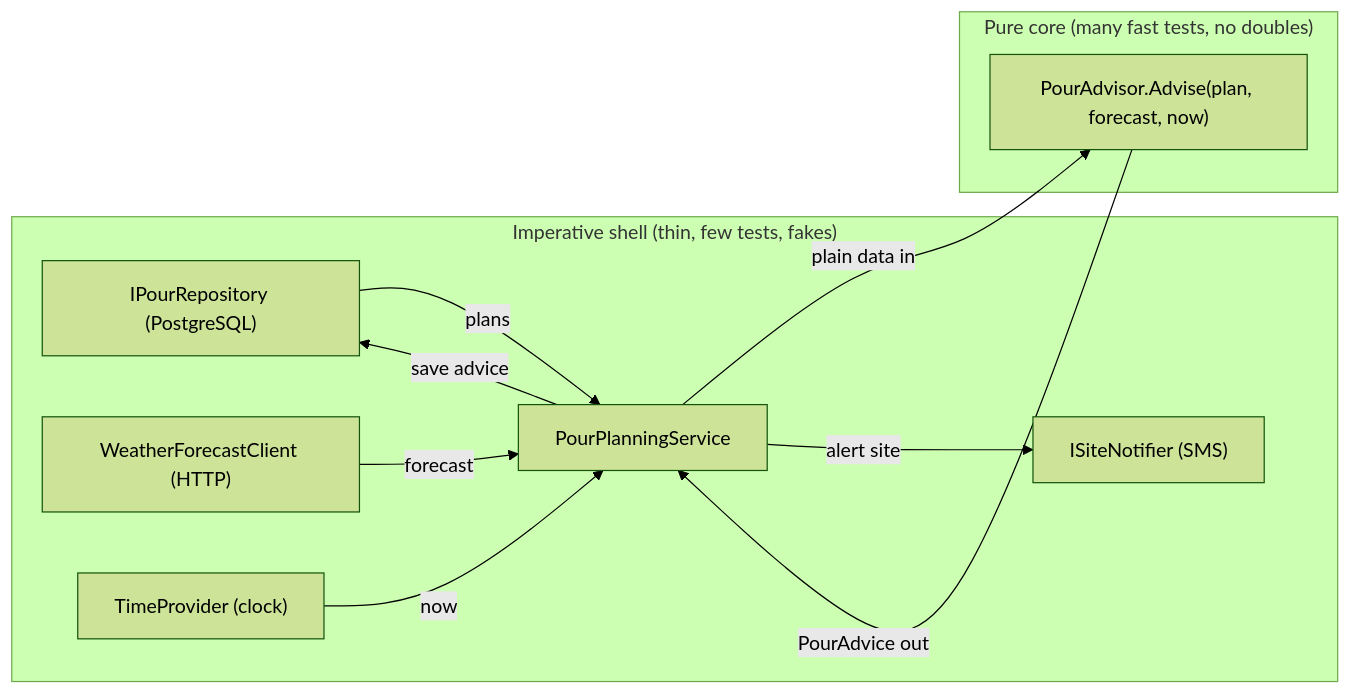
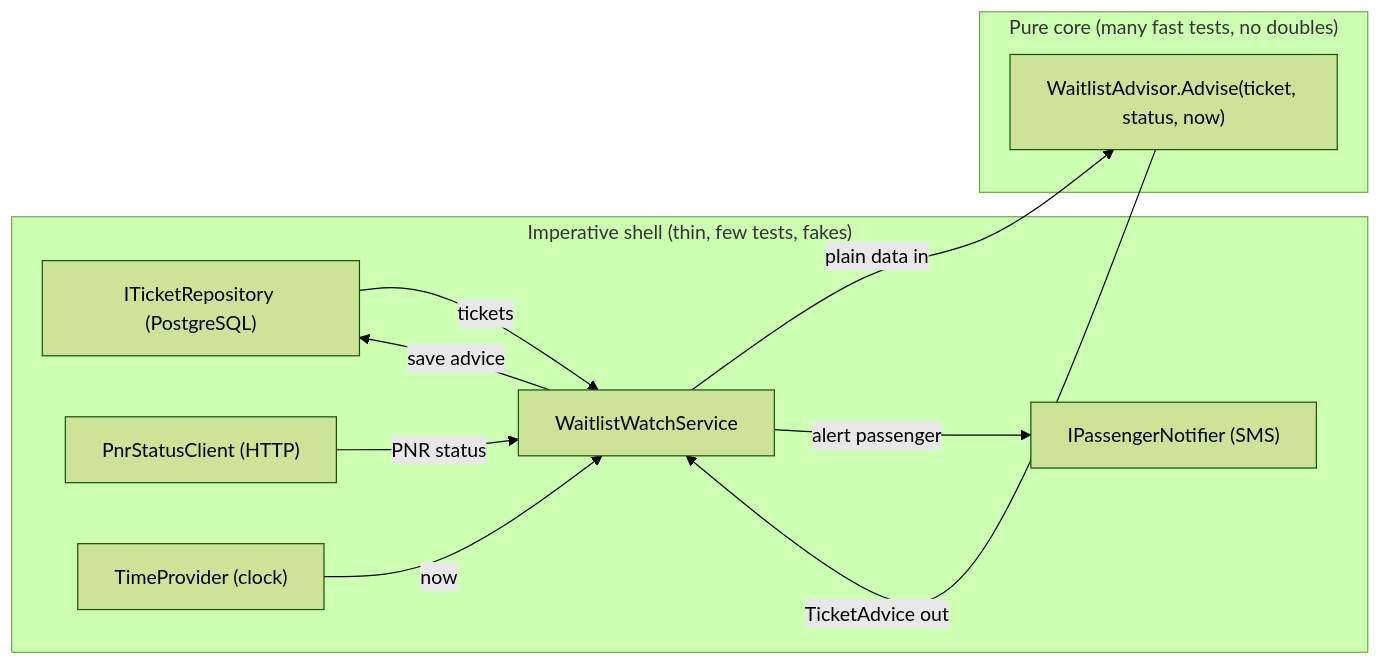
Before and after one commit to rizwi0786/system-design-lab: the first of 2 diagrams in content/lessons/m04/m04-testability.md, drawn with Mermaid (forest theme). The commit also changed other lines of this file and 334 other files, not shown here.

````diff
--- a/content/lessons/m04/m04-testability.md
+++ b/content/lessons/m04/m04-testability.md
@@ -157,20 +157,20 @@
 ```mermaid
 flowchart LR
     subgraph Shell["Imperative shell (thin, few tests, fakes)"]
-        R["IPourRepository (PostgreSQL)"]
-        W["WeatherForecastClient (HTTP)"]
+        R["ITicketRepository (PostgreSQL)"]
+        W["PnrStatusClient (HTTP)"]
         C["TimeProvider (clock)"]
-        N["ISiteNotifier (SMS)"]
-        S["PourPlanningService"]
+        N["IPassengerNotifier (SMS)"]
+        S["WaitlistWatchService"]
     end
     subgraph Core["Pure core (many fast tests, no doubles)"]
-        A["PourAdvisor.Advise(plan, forecast, now)"]
+        A["WaitlistAdvisor.Advise(ticket, status, now)"]
     end
-    R -->|plans| S
-    W -->|forecast| S
+    R -->|tickets| S
+    W -->|PNR status| S
     C -->|now| S
     S -->|plain data in| A
-    A -->|PourAdvice out| S
+    A -->|TicketAdvice out| S
     S -->|save advice| R
-    S -->|alert site| N
+    S -->|alert passenger| N
 ```
````
